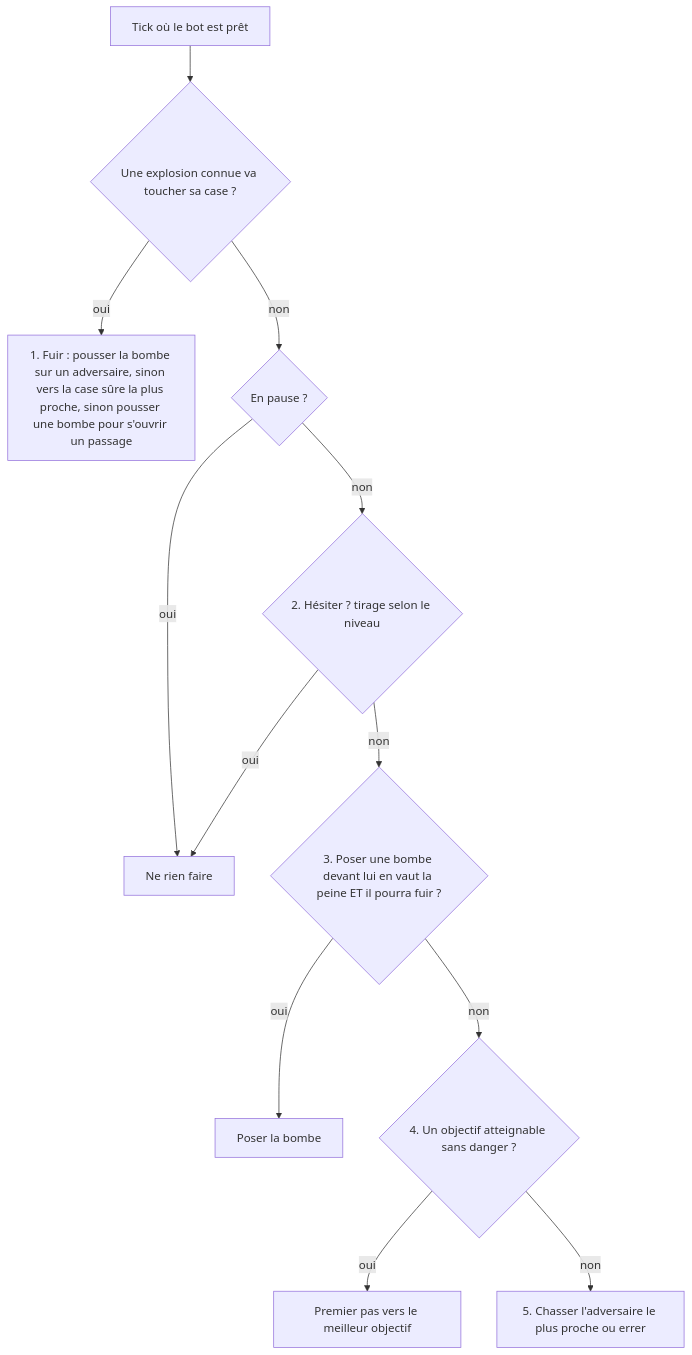
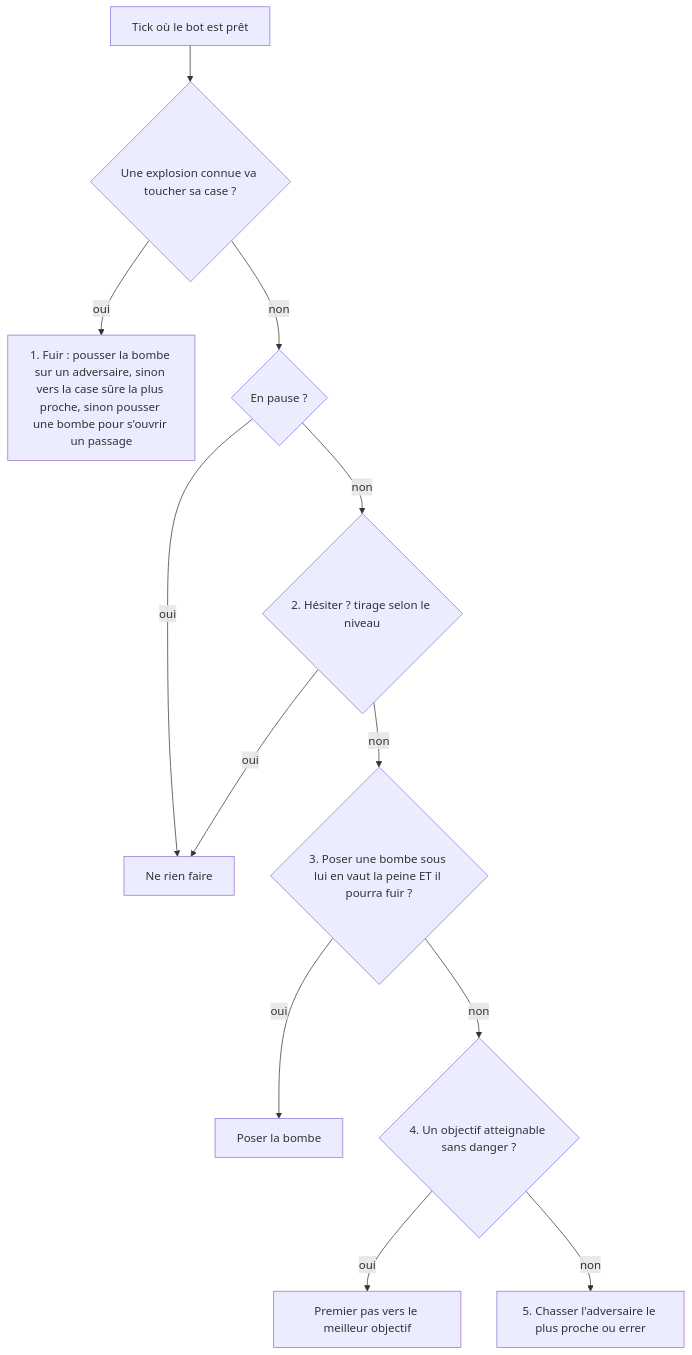
Before and after one commit to Thibg-91/bomberman: the second of 2 diagrams in doc/bot.md, drawn with Mermaid. The commit also changed other lines of this file and 19 other files, not shown here.

````diff
--- a/doc/bot.md
+++ b/doc/bot.md
@@ -110,14 +109,14 @@
 ```mermaid
 flowchart TD
     A[Tick où le bot est prêt] --> B{Une explosion connue va toucher sa case ?}
     B -- oui --> C[1. Fuir : pousser la bombe sur un adversaire, sinon vers la case sûre la plus proche, sinon pousser une bombe pour s'ouvrir un passage]
     B -- non --> D{En pause ?}
     D -- oui --> Z[Ne rien faire]
     D -- non --> E{2. Hésiter ? tirage selon le niveau}
     E -- oui --> Z
-    E -- non --> F{3. Poser une bombe devant lui en vaut la peine ET il pourra fuir ?}
+    E -- non --> F{3. Poser une bombe sous lui en vaut la peine ET il pourra fuir ?}
     F -- oui --> G[Poser la bombe]
     F -- non --> H{4. Un objectif atteignable sans danger ?}
     H -- oui --> I[Premier pas vers le meilleur objectif]
     H -- non --> J[5. Chasser l'adversaire le plus proche ou errer]
 ```
````
